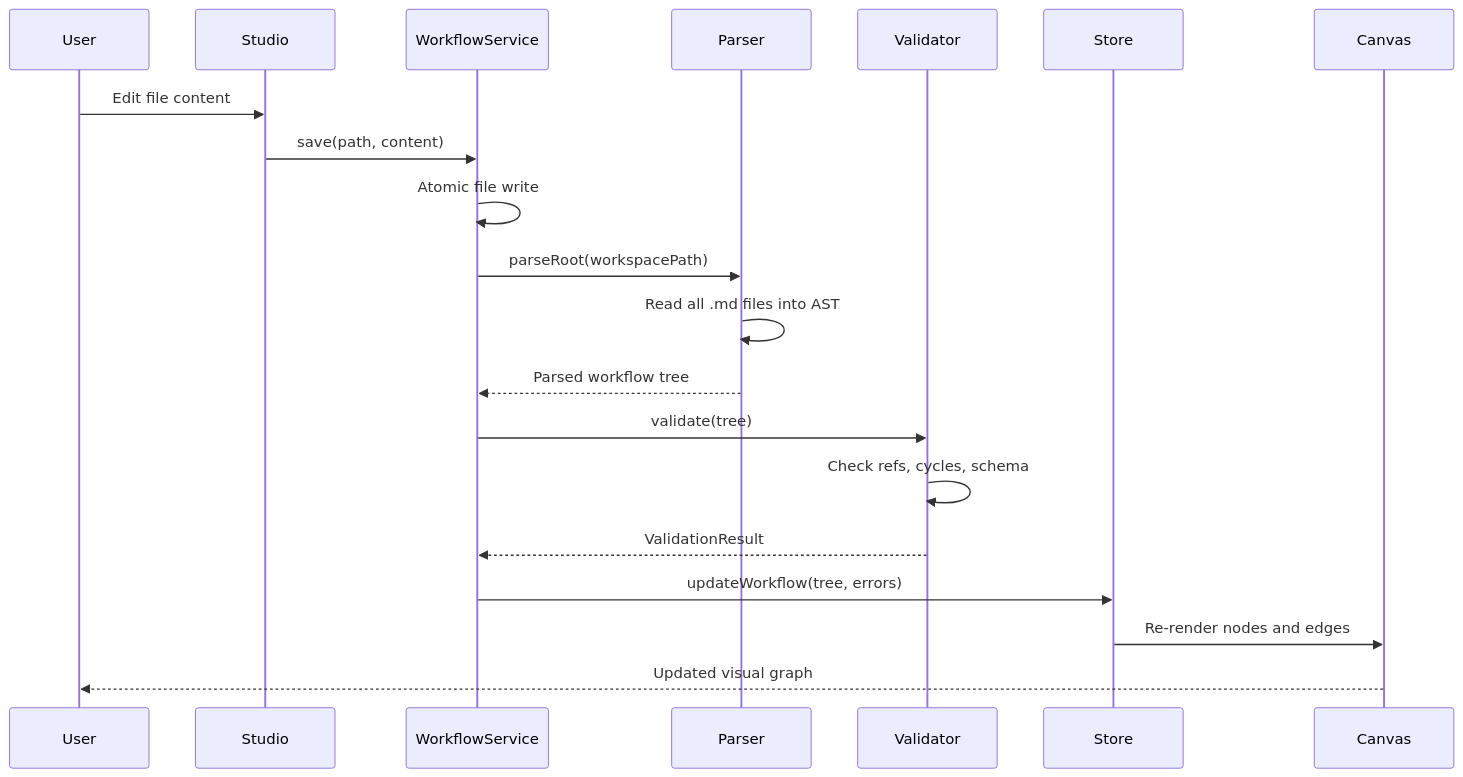
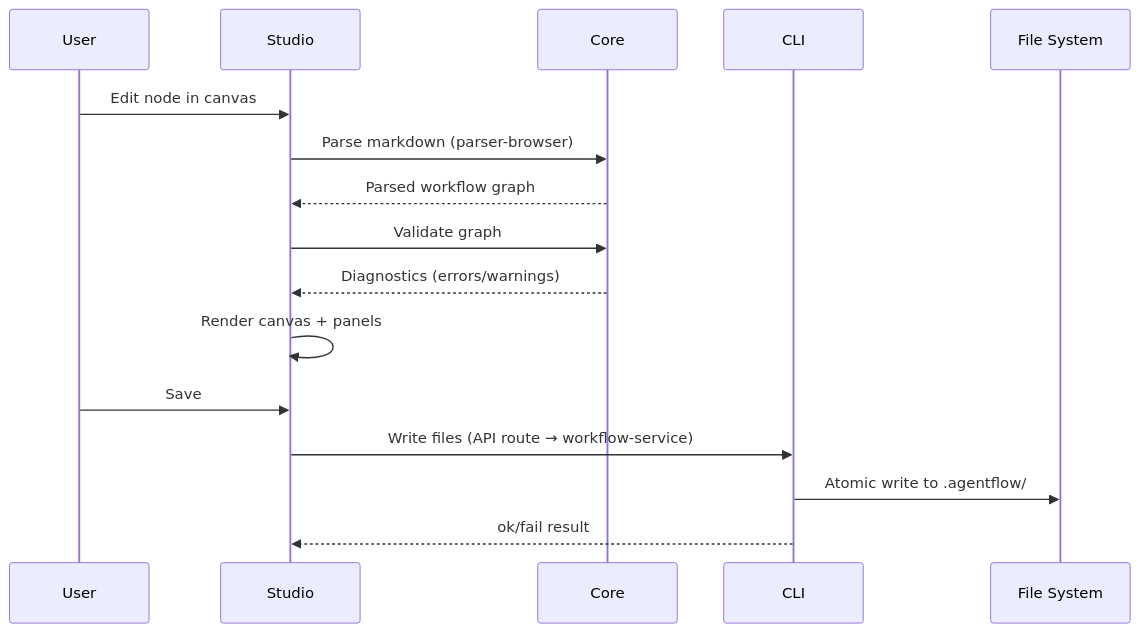
One commit to shubhtoy/AgentFlow changed the second of 3 diagrams in studio/content/docs/contributing/architecture.mdx. Above: the diagram before and after it, drawn with Mermaid. The commit also changed other lines of this file and 956 other files, not shown here.

````diff
--- a/studio/content/docs/contributing/architecture.mdx
+++ b/studio/content/docs/contributing/architecture.mdx
@@ -135,23 +343,19 @@
 ```mermaid
 sequenceDiagram
     participant User
     participant Studio
-    participant WorkflowService
-    participant Parser
-    participant Validator
-    participant Store
-    participant Canvas
+    participant Core
+    participant CLI
+    participant FS as File System
 
-    User->>Studio: Edit file content
-    Studio->>WorkflowService: save(path, content)
-    WorkflowService->>WorkflowService: Atomic file write
-    WorkflowService->>Parser: parseRoot(workspacePath)
-    Parser->>Parser: Read all .md files into AST
-    Parser-->>WorkflowService: Parsed workflow tree
-    WorkflowService->>Validator: validate(tree)
-    Validator->>Validator: Check refs, cycles, schema
-    Validator-->>WorkflowService: ValidationResult
-    WorkflowService->>Store: updateWorkflow(tree, errors)
-    Store->>Canvas: Re-render nodes and edges
-    Canvas-->>User: Updated visual graph
+    User->>Studio: Edit node in canvas
+    Studio->>Core: Parse markdown (parser-browser)
+    Core-->>Studio: Parsed workflow graph
+    Studio->>Core: Validate graph
+    Core-->>Studio: Diagnostics (errors/warnings)
+    Studio->>Studio: Render canvas + panels
+    User->>Studio: Save
+    Studio->>CLI: Write files (API route → workflow-service)
+    CLI->>FS: Atomic write to .agentflow/
+    CLI-->>Studio: ok/fail result
 ```
````
